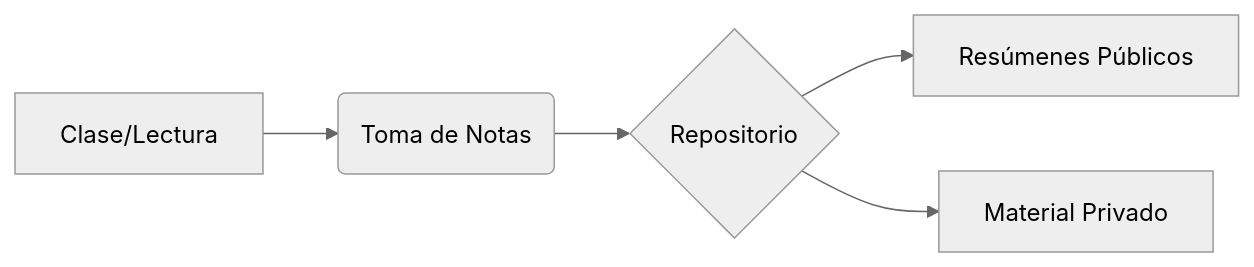
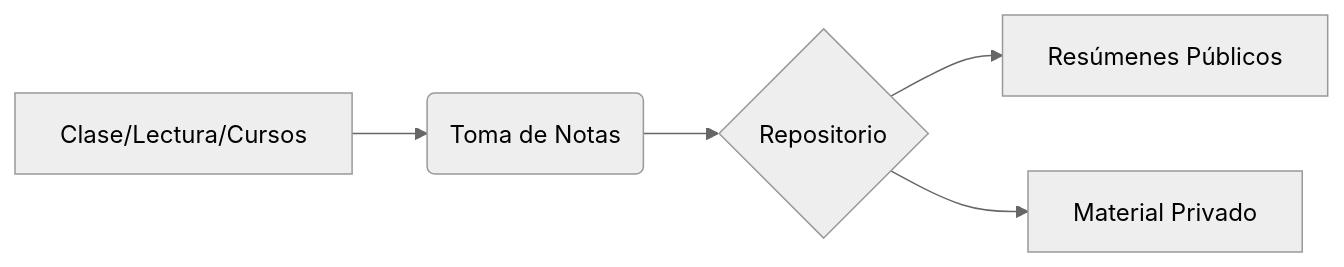
Before and after one commit to juanillufriu/my-engineering-books: the diagram in README.md, drawn with Mermaid (neutral theme).

Commit message:
Update learning workflow to include courses

````diff
--- a/README.md
+++ b/README.md
@@ -19,7 +19,7 @@
 ```mermaid
 graph LR
-    A[Clase/Lectura] --> B(Toma de Notas)
+    A[Clase/Lectura/Cursos] --> B(Toma de Notas)
     B --> C{Repositorio}
     C --> D[Resúmenes Públicos]
     C --> E[Material Privado]
 ```
````
